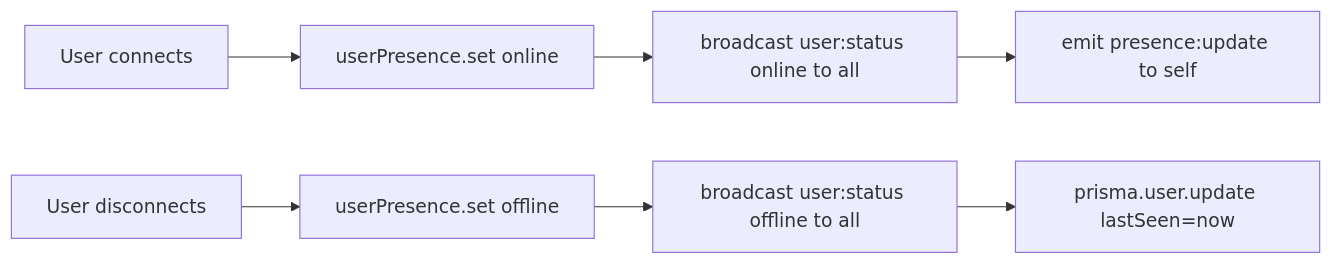
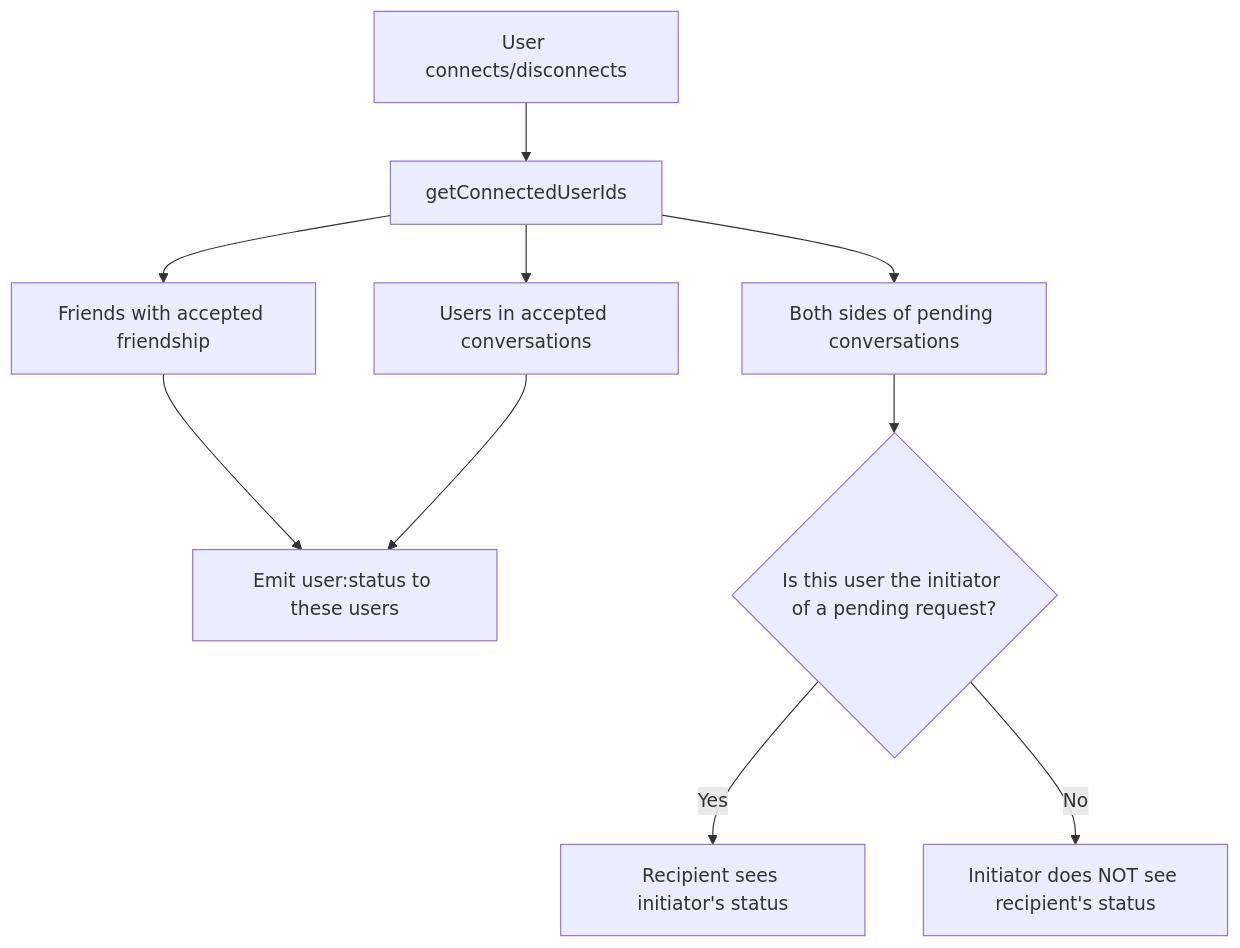
The eighth of 8 diagrams in Documentation/Features/MESSAGING.md (neofuture/chatr), drawn with Mermaid before and after one commit. The commit also changed other lines of this file and 158 other files, not shown here.

````diff
--- a/Documentation/Features/MESSAGING.md
+++ b/Documentation/Features/MESSAGING.md
@@ -261,10 +265,12 @@
 ```mermaid
-flowchart LR
-    A[User connects] --> B[userPresence.set online]
-    B --> C[broadcast user:status online to all]
-    C --> D[emit presence:update to self]
-
-    E[User disconnects] --> F[userPresence.set offline]
-    F --> G[broadcast user:status offline to all]
-    G --> H[prisma.user.update lastSeen=now]
+flowchart TD
+    A[User connects/disconnects] --> B[getConnectedUserIds]
+    B --> C[Friends with accepted friendship]
+    B --> D[Users in accepted conversations]
+    B --> E[Both sides of pending conversations]
+    C --> F[Emit user:status to these users]
+    D --> F
+    E --> G{Is this user the initiator of a pending request?}
+    G -- Yes --> H["Recipient sees initiator's status"]
+    G -- No --> I["Initiator does NOT see recipient's status"]
 ```
````
